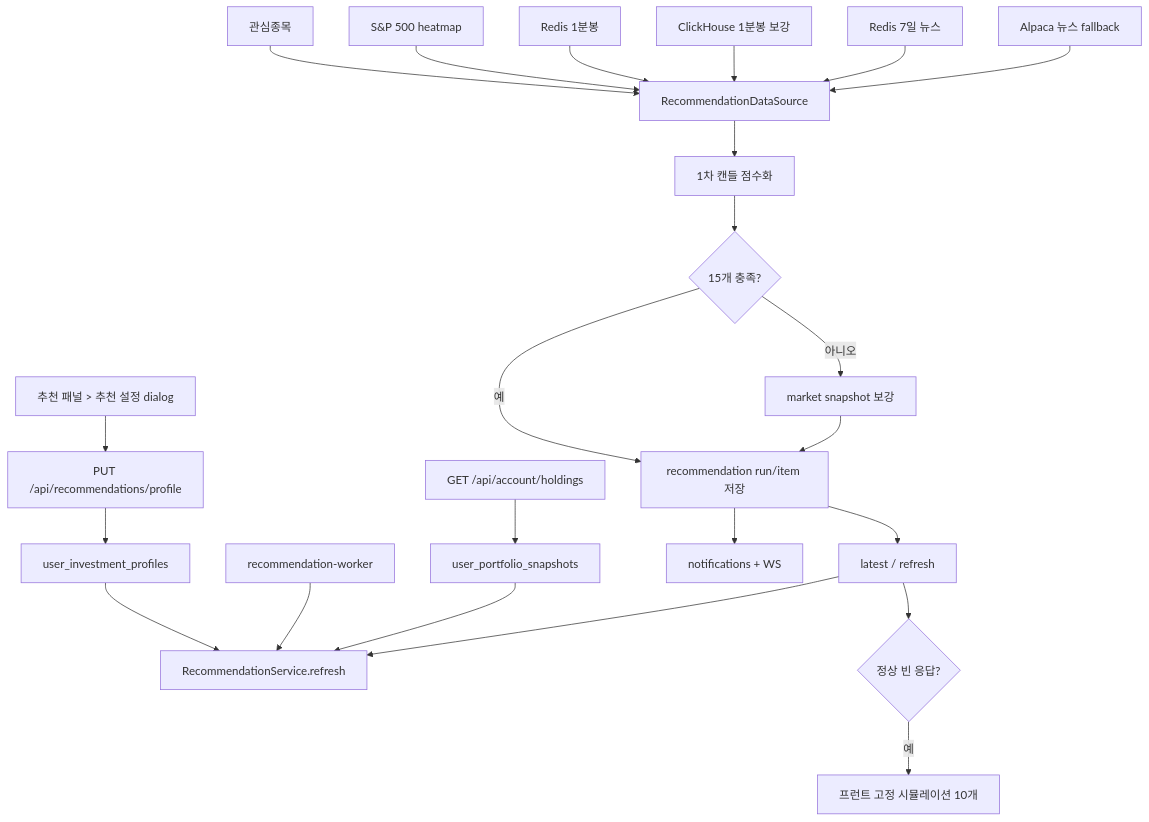
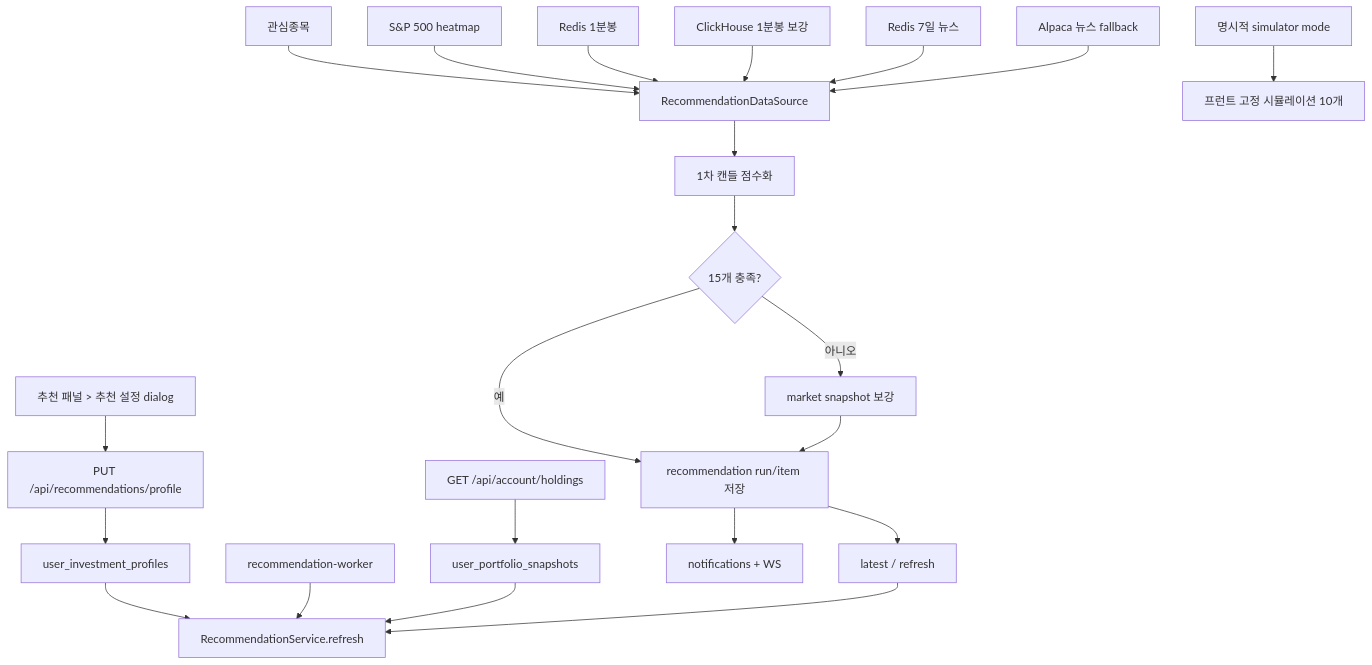
The diagram in docs/STOCK_RECOMMENDATION_PANEL.md (seunglee10/GOPS-BE), drawn with Mermaid before and after one commit. The commit also changed other lines of this file and 13 other files, not shown here.

````diff
--- a/docs/STOCK_RECOMMENDATION_PANEL.md
+++ b/docs/STOCK_RECOMMENDATION_PANEL.md
@@ -107,28 +108,27 @@
 ```mermaid
 flowchart TD
   Profile["추천 패널 > 추천 설정 dialog"] --> ProfileAPI["PUT /api/recommendations/profile"]
   Holdings["GET /api/account/holdings"] --> Snapshot["user_portfolio_snapshots"]
   Worker["recommendation-worker"] --> Service["RecommendationService.refresh"]
   Panel["latest / refresh"] --> Service
   ProfileAPI --> Profiles["user_investment_profiles"]
   Profiles --> Service
   Snapshot --> Service
 
   Watchlist["관심종목"] --> DataSource["RecommendationDataSource"]
   Heatmap["S&P 500 heatmap"] --> DataSource
   RedisCandles["Redis 1분봉"] --> DataSource
   ClickHouseCandles["ClickHouse 1분봉 보강"] --> DataSource
   RedisNews["Redis 7일 뉴스"] --> DataSource
   AlpacaNews["Alpaca 뉴스 fallback"] --> DataSource
 
   DataSource --> Primary["1차 캔들 점수화"]
   Primary --> Enough{"15개 충족?"}
   Enough -->|예| Runs["recommendation run/item 저장"]
   Enough -->|아니오| BackendFallback["market snapshot 보강"]
   BackendFallback --> Runs
   Runs --> Notify["notifications + WS"]
   Runs --> Panel
 
-  Panel --> Empty{"정상 빈 응답?"}
-  Empty -->|예| FrontFallback["프런트 고정 시뮬레이션 10개"]
+  Simulator["명시적 simulator mode"] --> SimFallback["프런트 고정 시뮬레이션 10개"]
 ```
````
